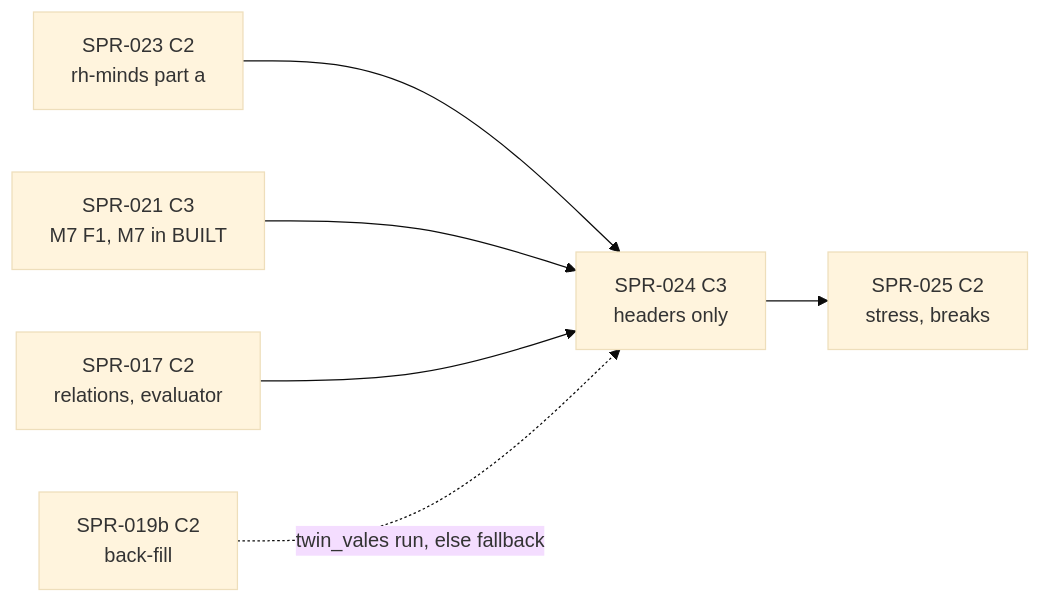
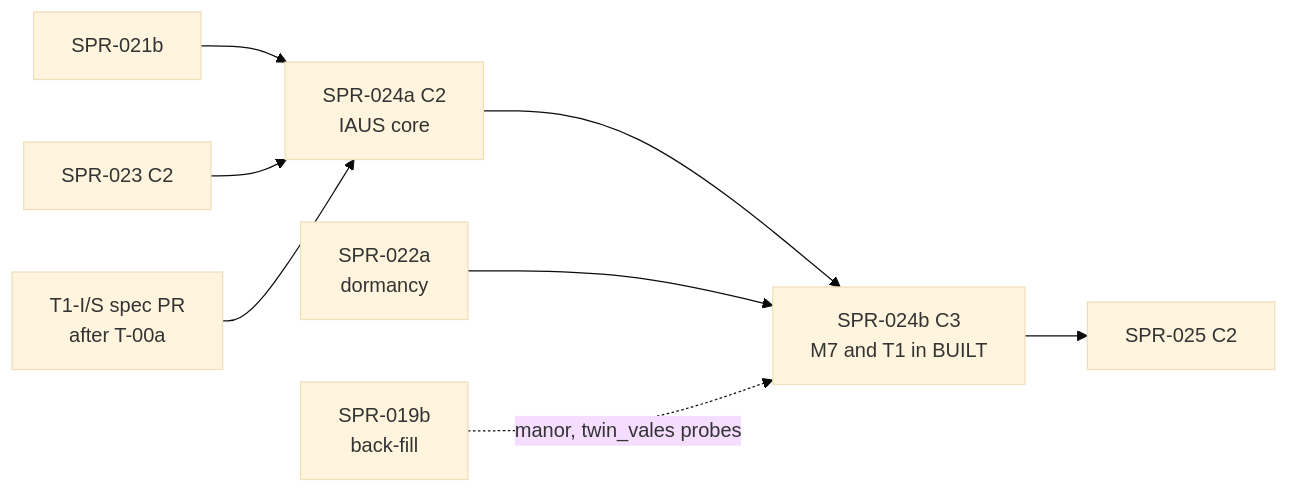
The diagram in CODEX/05_PROJECT/SPR-024_MindsIAUS.md (BigRigVibeCoder/Rehoboam), drawn with Mermaid (base theme) before and after one commit. The commit also changed other lines of this file and 4 other files, not shown here.

````diff
--- a/CODEX/05_PROJECT/SPR-024_MindsIAUS.md
+++ b/CODEX/05_PROJECT/SPR-024_MindsIAUS.md
@@ -175,8 +280,10 @@
 ```mermaid
 flowchart LR
-  S023[SPR-023 C2<br/>rh-minds part a] --> S024[SPR-024 C3<br/>headers only]
-  S021[SPR-021 C3<br/>M7 F1, M7 in BUILT] --> S024
-  S017[SPR-017 C2<br/>relations, evaluator] --> S024
-  S019b[SPR-019b C2<br/>back-fill] -.twin_vales run, else fallback.-> S024
-  S024 --> S025[SPR-025 C2<br/>stress, breaks]
+  S021b[SPR-021b] --> S024a[SPR-024a C2<br/>IAUS core]
+  S023[SPR-023 C2] --> S024a
+  T1IS[T1-I/S spec PR<br/>after T-00a] --> S024a
+  S024a --> S024b[SPR-024b C3<br/>M7 and T1 in BUILT]
+  S022a[SPR-022a<br/>dormancy] --> S024b
+  S019b[SPR-019b<br/>back-fill] -.manor, twin_vales probes.-> S024b
+  S024b --> S025[SPR-025 C2]
 ```
````
